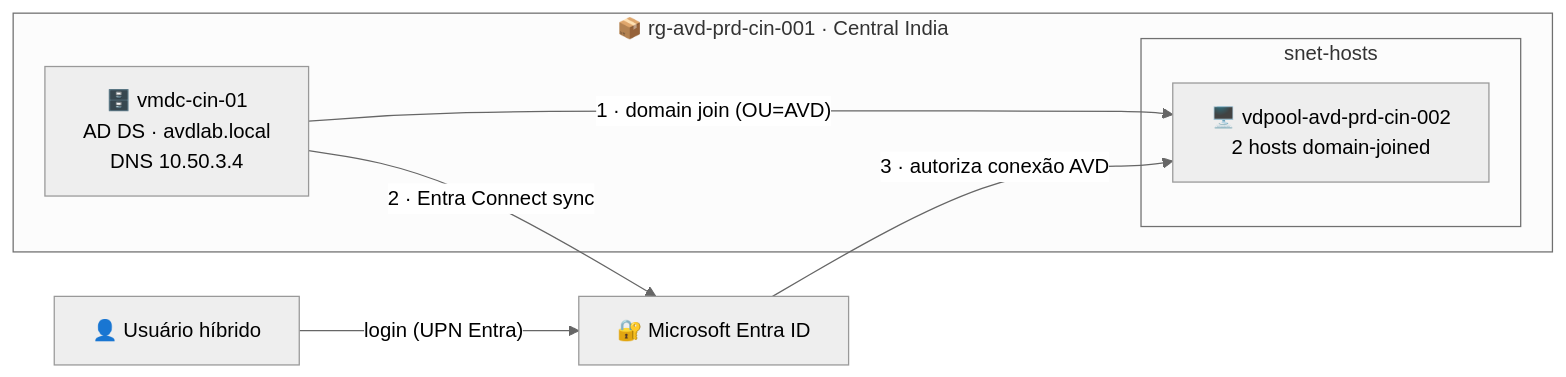
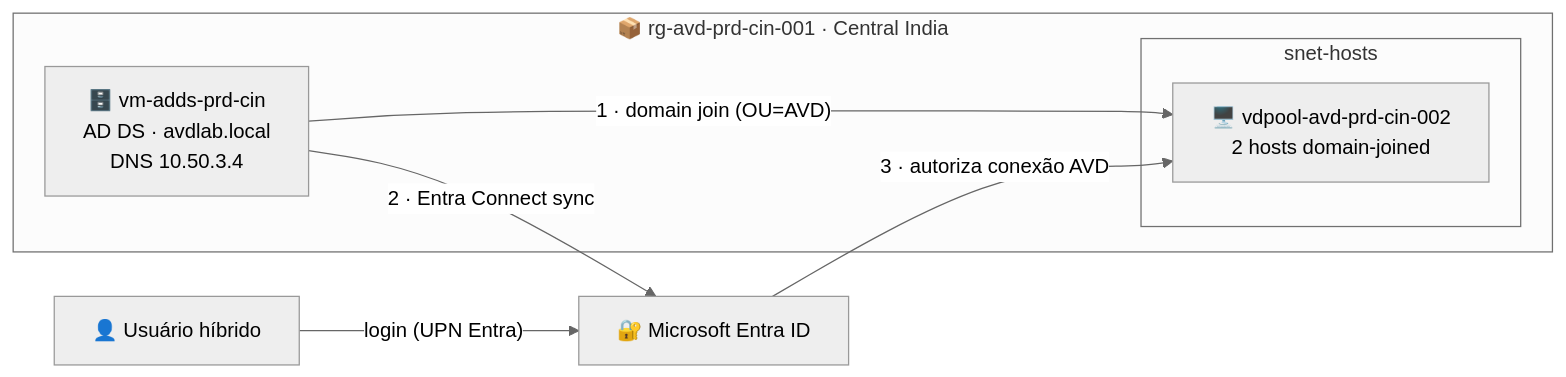
The diagram in Lab03_Hostpool_2VMs_ADDS.md (raphasi/posavd), drawn with Mermaid (neutral theme) before and after one commit. The commit also changed other lines of this file and 3 other files, not shown here.

Commit message:
Renomeia DC para vm-adds-prd-cin (limite 15 char) em Lab03-05 e guia; Lab03: nota do limite e link do web client na conexão

````diff
--- a/Lab03_Hostpool_2VMs_ADDS.md
+++ b/Lab03_Hostpool_2VMs_ADDS.md
@@ -18,13 +18,13 @@
 ```mermaid
 flowchart LR
     U["👤 Usuário híbrido"] -->|"login (UPN Entra)"| E["🔐 Microsoft Entra ID"]
     subgraph RG["📦 rg-avd-prd-cin-001 · Central India"]
-      DC["🗄️ vmdc-cin-01<br/>AD DS · avdlab.local<br/>DNS 10.50.3.4"]
+      DC["🗄️ vm-adds-prd-cin<br/>AD DS · avdlab.local<br/>DNS 10.50.3.4"]
       subgraph SN["snet-hosts"]
         HP["🖥️ vdpool-avd-prd-cin-002<br/>2 hosts domain-joined"]
       end
     end
     DC -->|"1 · domain join (OU=AVD)"| HP
     DC -->|"2 · Entra Connect sync"| E
     E -->|"3 · autoriza conexão AVD"| HP
 ```
````
